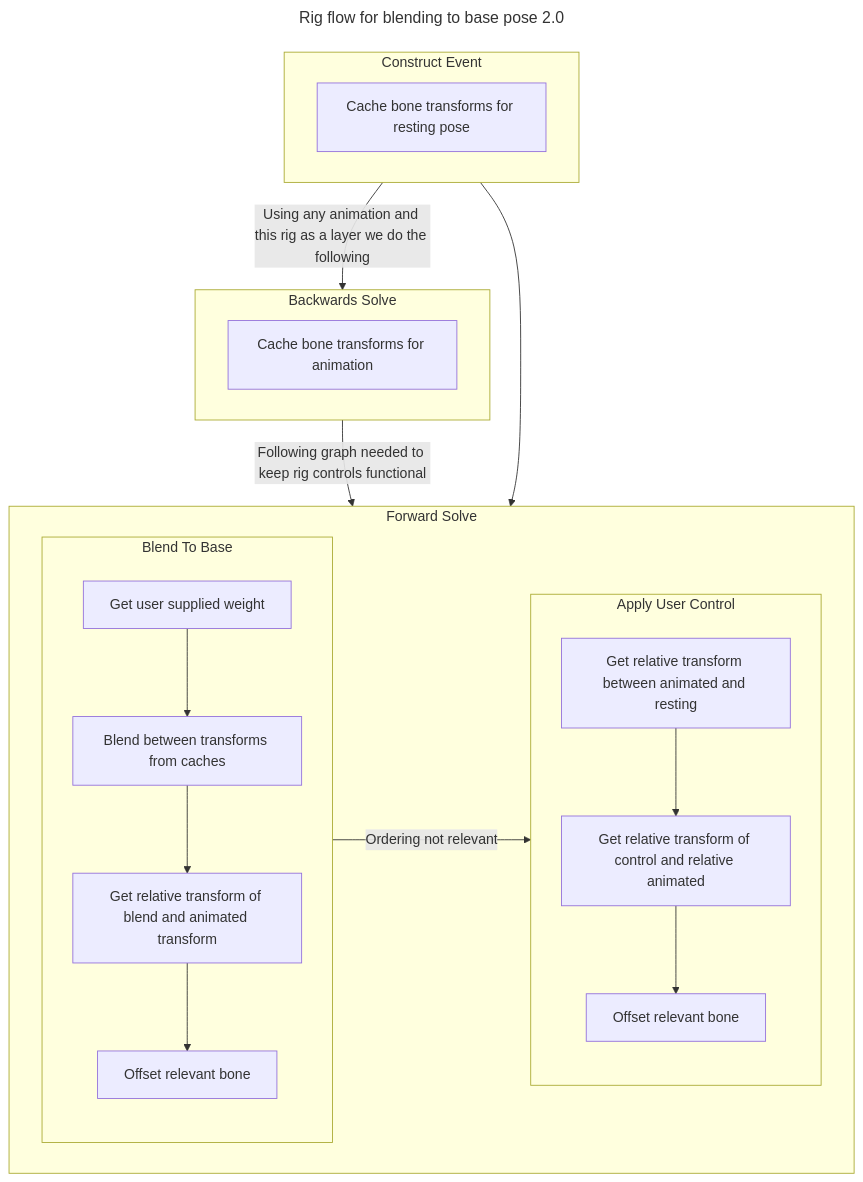
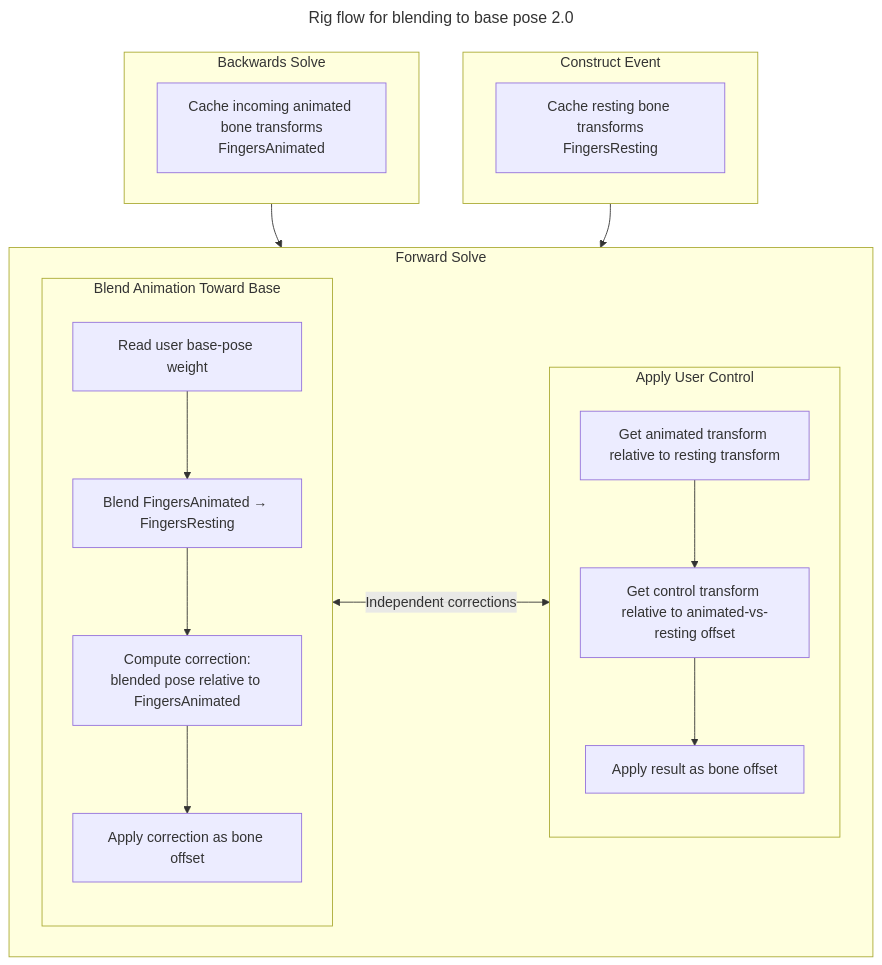
Before and after one commit to J-Andersen-UvA/ToucanVault: the diagram in Unreal/Plugins/PosePasting.md, drawn with Mermaid. The commit also changed other lines of this file, not shown here.

````diff
--- a/Unreal/Plugins/PosePasting.md
+++ b/Unreal/Plugins/PosePasting.md
@@ -41,38 +7,37 @@
 ```mermaid
 ---
 title: Rig flow for blending to base pose 2.0
 ---
 flowchart TD
 
 
     subgraph A[Construct Event]
-        A0[Cache bone transforms for resting pose]
+        A0[Cache resting bone transforms<br/>FingersResting]
     end
 
 	subgraph B[Backwards Solve]
-		B0[Cache bone transforms for animation]
+		B0[Cache incoming animated bone transforms<br/>FingersAnimated]
 	end
 	
 	subgraph C[Forward Solve]
-		subgraph CA[Blend To Base]
-			CA0[Get user supplied weight]
-			CA1[Blend between transforms from caches]
-			CA2[Get relative transform of blend and animated transform]
-			CA3[Offset relevant bone]
+		subgraph CA[Blend Animation Toward Base]
+			CA0[Read user base-pose weight]
+			CA1[Blend FingersAnimated → FingersResting]
+			CA2[Compute correction:<br/>blended pose relative to FingersAnimated]
+			CA3[Apply correction as bone offset]
 			CA0 --> CA1 --> CA2 --> CA3
 		end
 
 		subgraph CB[Apply User Control]
-			CB0[Get relative transform between animated and resting]
-			CB1[Get relative transform of control and relative animated]
-			CB2[Offset relevant bone]
+			CB0[Get animated transform relative to resting transform]
+			CB1[Get control transform relative to animated-vs-resting offset]
+			CB2[Apply result as bone offset]
 			CB0 --> CB1 --> CB2
 		end
 		
-		CA -->|Ordering not relevant| CB
+		CA <-->|Independent corrections| CB
 	end
 	
-	A -->|Using any animation and this rig as a layer we do the following| B
-	B -->|Following graph needed to keep rig controls functional| C
+	B --> C
 	A --> C	
 ```
````
